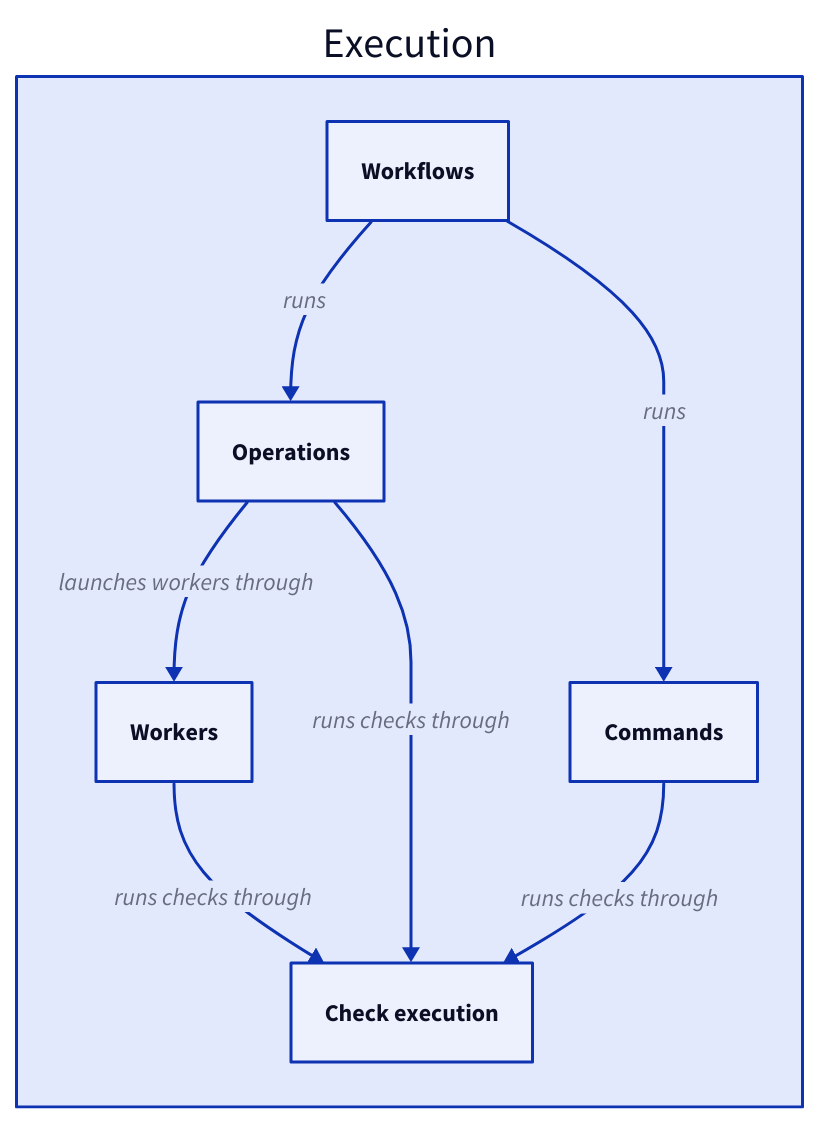
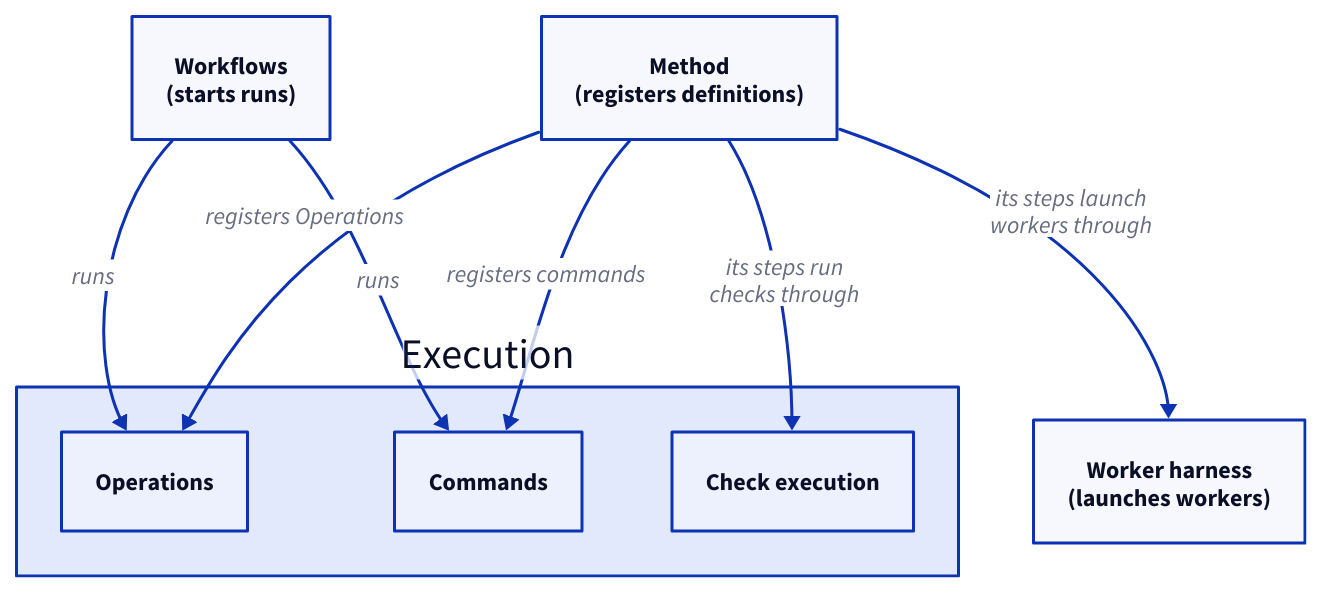
One commit to FTOD/concorde changed the second of 4 diagrams in specs/concorde/execution/module.md. Above: the diagram before and after it, drawn with D2. The commit also changed other lines of this file and 109 other files, not shown here.

````diff
--- a/specs/concorde/execution/module.md
+++ b/specs/concorde/execution/module.md
@@ -226,15 +209,16 @@
 ```d2 illustrative
 execution: Execution {
-  workflows: Workflows
   operations: Operations
   commands: Commands
-  workers: Workers
   checks: Check execution
-  workflows -> operations: runs
-  workflows -> commands: runs
-  operations -> workers: launches workers through
-  operations -> checks: runs checks through
-  commands -> checks: runs checks through
-  workers -> checks: runs checks through
 }
+method: "Method\n(registers definitions)"
+workflows: "Workflows\n(starts runs)"
+harness: "Worker harness\n(launches workers)"
+method -> execution.operations: registers Operations
+method -> execution.commands: registers commands
+workflows -> execution.operations: runs
+workflows -> execution.commands: runs
+method -> harness: "its steps launch\nworkers through"
+method -> execution.checks: "its steps run\nchecks through"
 ```
````
